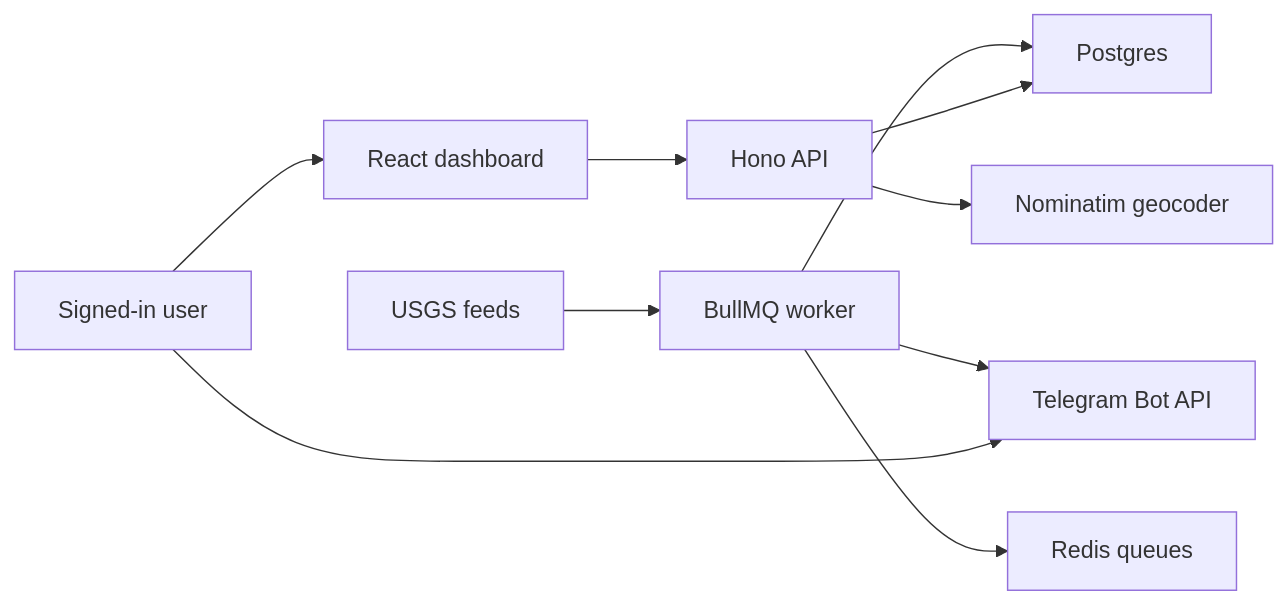
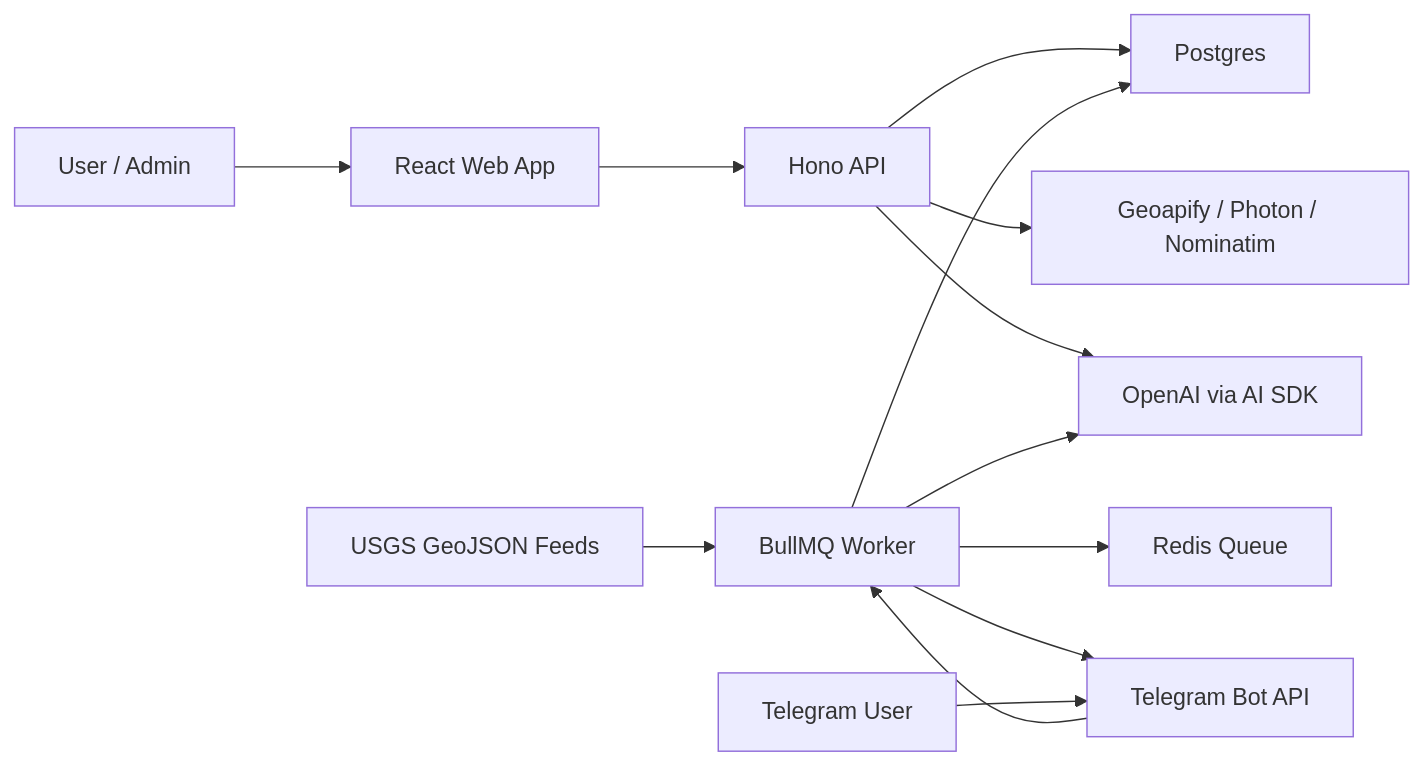
Before and after one commit to debsouryadatta/kansha-care: the diagram in docs/ARCHITECTURE.md, drawn with Mermaid. The commit also changed other lines of this file and 1 other file, not shown here.

Commit message:
update Architecture.md file

````diff
--- a/docs/ARCHITECTURE.md
+++ b/docs/ARCHITECTURE.md
@@ -7,12 +7,17 @@
 ```mermaid
 flowchart LR
-  USGS["USGS feeds"] --> Worker["BullMQ worker"]
-  Worker --> DB["Postgres"]
-  Worker --> Redis["Redis queues"]
+  User["User / Admin"] --> Web["React Web App"]
+  Web --> API["Hono API"]
+  API --> DB["Postgres"]
+  API --> Geo["Geoapify / Photon / Nominatim"]
+  API --> OpenAI["OpenAI via AI SDK"]
+
+  USGS["USGS GeoJSON Feeds"] --> Worker["BullMQ Worker"]
+  Worker --> DB
+  Worker --> Redis["Redis Queue"]
   Worker --> Telegram["Telegram Bot API"]
-  Web["React dashboard"] --> API["Hono API"]
-  API --> DB
-  API --> Nominatim["Nominatim geocoder"]
-  User["Signed-in user"] --> Web
-  User --> Telegram
+  Worker --> OpenAI
+
+  TelegramUser["Telegram User"] --> Telegram
+  Telegram --> Worker
 ```
````
